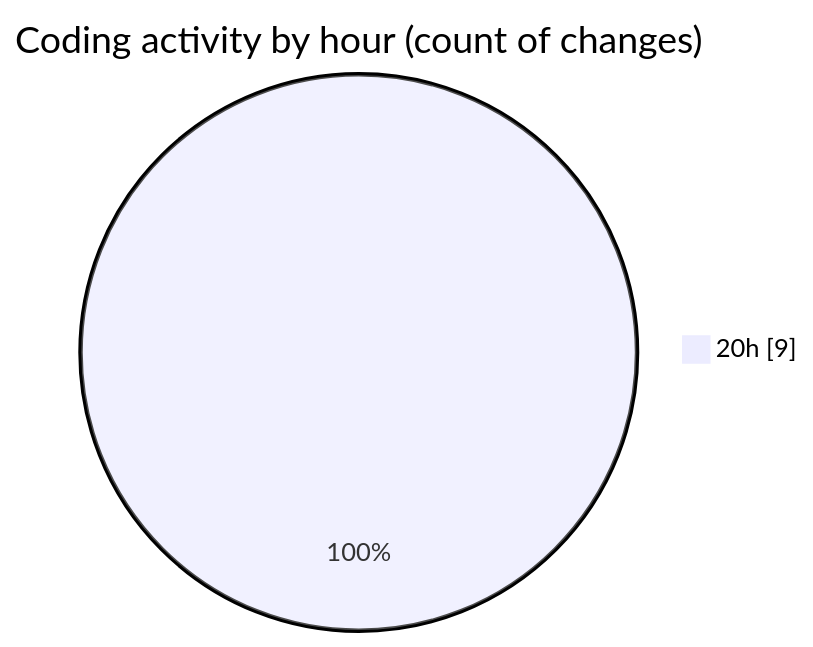
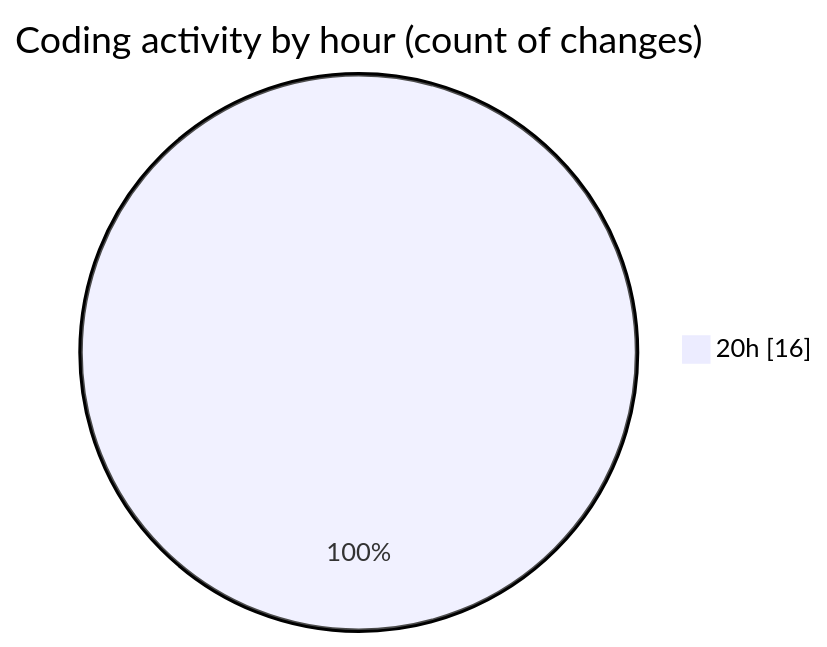
The second of 2 diagrams in 2025-03-25/back-end/README.md (Netris89/code-tracking), drawn with Mermaid before and after one commit. The commit also changed other lines of this file and 1 other file, not shown here.

````diff
--- a/2025-03-25/back-end/README.md
+++ b/2025-03-25/back-end/README.md
@@ -34,5 +34,5 @@
 ```mermaid
 pie showData
 title Coding activity by hour (count of changes)
-"20h" : 9
+"20h" : 16
 ```
````
